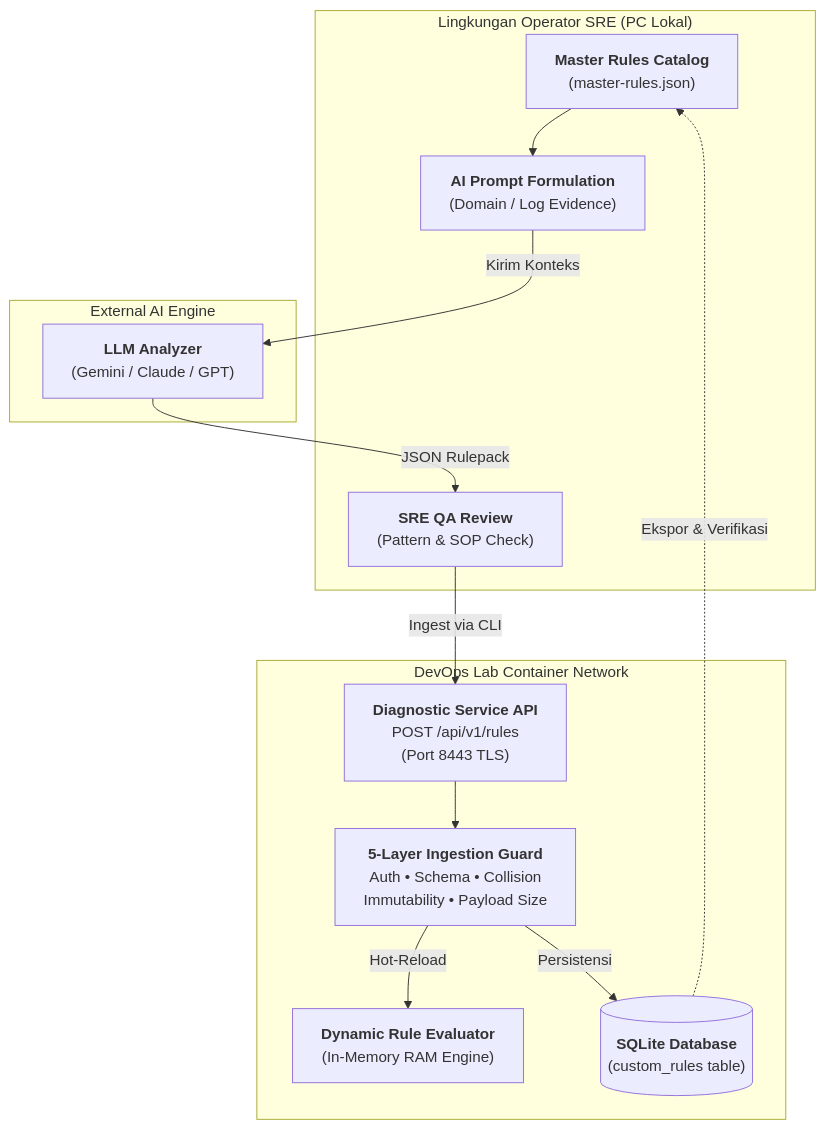
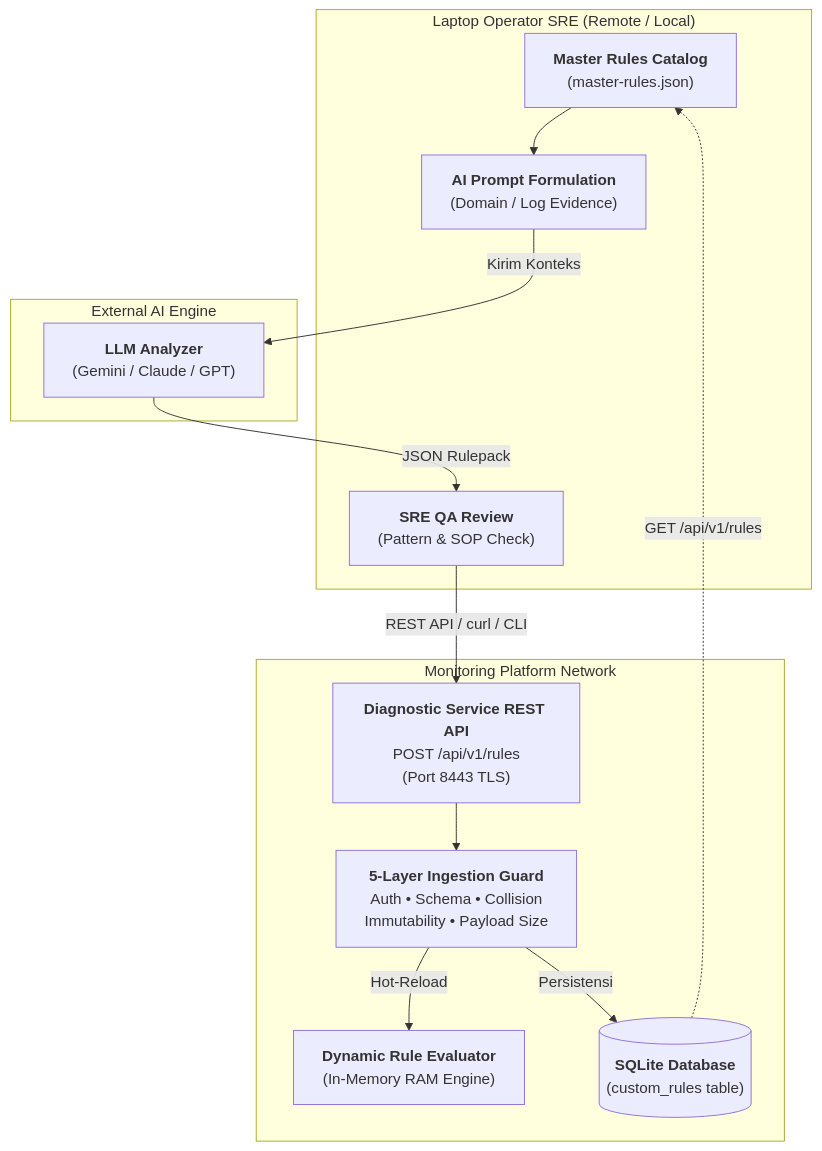
The first of 4 diagrams in docs/projects/tomcat-monitoring/operations/ai-knowledge-enrichment-and-rule-management-runbook.md (edkas07-oss/devops-handbook), drawn with Mermaid before and after one commit. The commit also changed other lines of this file, not shown here.

Commit message:
docs(runbook): standardize SOP with universal REST API curl options and helper CLI

````diff
--- a/docs/projects/tomcat-monitoring/operations/ai-knowledge-enrichment-and-rule-management-runbook.md
+++ b/docs/projects/tomcat-monitoring/operations/ai-knowledge-enrichment-and-rule-management-runbook.md
@@ -11,28 +11,28 @@
 ```mermaid
 flowchart TD
-    subgraph SRE_Env["Lingkungan Operator SRE (PC Lokal)"]
+    subgraph SRE_Env["Laptop Operator SRE (Remote / Local)"]
         MC["<b>Master Rules Catalog</b><br/>(master-rules.json)"]
         PROMPT["<b>AI Prompt Formulation</b><br/>(Domain / Log Evidence)"]
         QA["<b>SRE QA Review</b><br/>(Pattern & SOP Check)"]
     end
 
     subgraph AI_Env["External AI Engine"]
         LLM["<b>LLM Analyzer</b><br/>(Gemini / Claude / GPT)"]
     end
 
-    subgraph Runtime_Env["DevOps Lab Container Network"]
-        API["<b>Diagnostic Service API</b><br/>POST /api/v1/rules<br/>(Port 8443 TLS)"]
+    subgraph Runtime_Env["Monitoring Platform Network"]
+        API["<b>Diagnostic Service REST API</b><br/>POST /api/v1/rules<br/>(Port 8443 TLS)"]
         GUARD["<b>5-Layer Ingestion Guard</b><br/>Auth • Schema • Collision<br/>Immutability • Payload Size"]
         ENGINE["<b>Dynamic Rule Evaluator</b><br/>(In-Memory RAM Engine)"]
         DB[("<b>SQLite Database</b><br/>(custom_rules table)")]
     end
 
     MC --> PROMPT
     PROMPT -->|"Kirim Konteks"| LLM
     LLM -->|"JSON Rulepack"| QA
-    QA -->|"Ingest via CLI"| API
+    QA -->|"REST API / curl / CLI"| API
     API --> GUARD
     GUARD -->|"Hot-Reload"| ENGINE
     GUARD -->|"Persistensi"| DB
-    DB -.->|"Ekspor & Verifikasi"| MC
+    DB -.->|"GET /api/v1/rules"| MC
 ```
````
